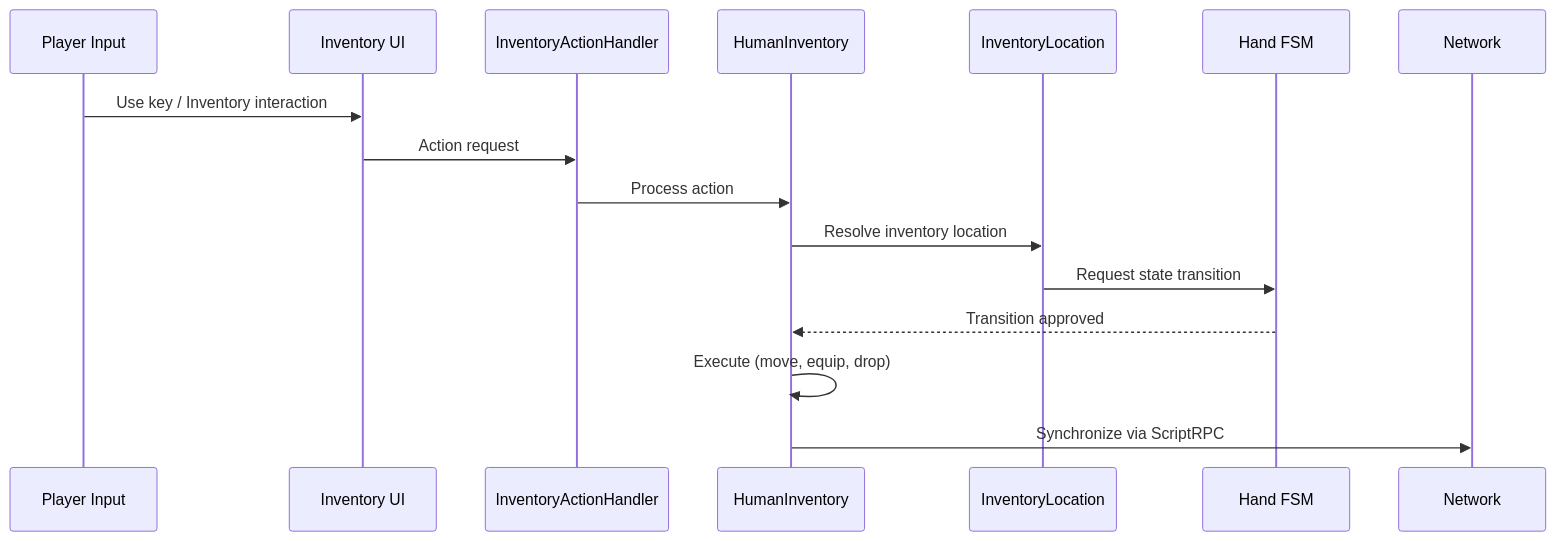
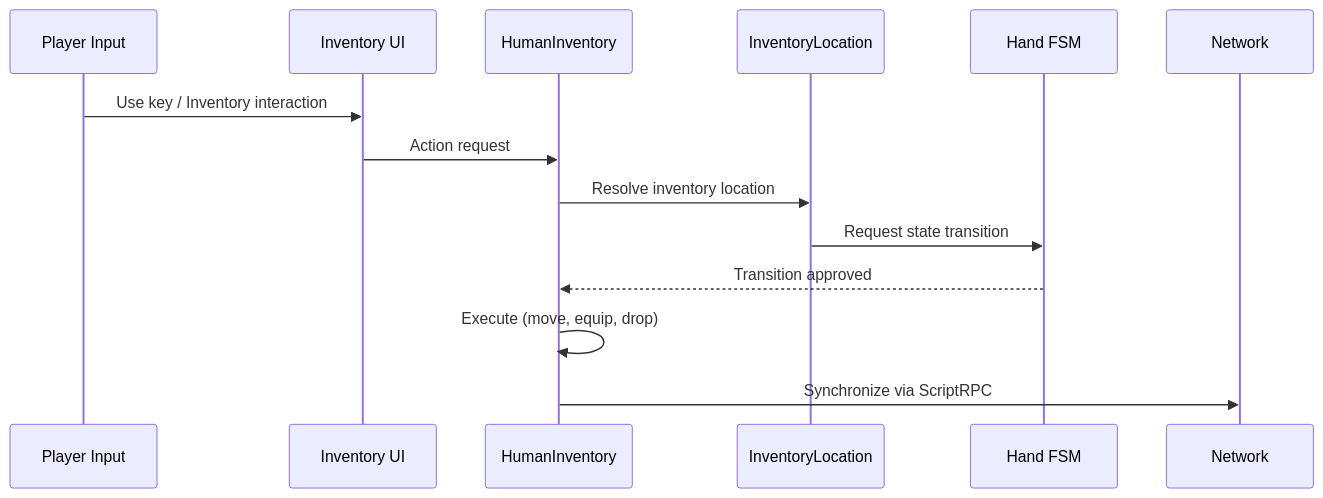
One commit to rogersau/DayZ-Scripts-Wiki changed the third of 3 diagrams in docs/game-systems/inventory-system.md. Above: the diagram before and after it, drawn with Mermaid. The commit also changed other lines of this file and 48 other files, not shown here.

````diff
--- a/docs/game-systems/inventory-system.md
+++ b/docs/game-systems/inventory-system.md
@@ -157,19 +171,17 @@
 ```mermaid
 sequenceDiagram
     participant Player as Player Input
     participant UI as Inventory UI
-    participant Handler as InventoryActionHandler
     participant HInv as HumanInventory
     participant Loc as InventoryLocation
     participant FSM as Hand FSM
     participant Net as Network
     
     Player->>UI: Use key / Inventory interaction
-    UI->>Handler: Action request
-    Handler->>HInv: Process action
+    UI->>HInv: Action request
     HInv->>Loc: Resolve inventory location
     Loc->>FSM: Request state transition
     FSM-->>HInv: Transition approved
     HInv->>HInv: Execute (move, equip, drop)
     HInv->>Net: Synchronize via ScriptRPC
 ```
````
